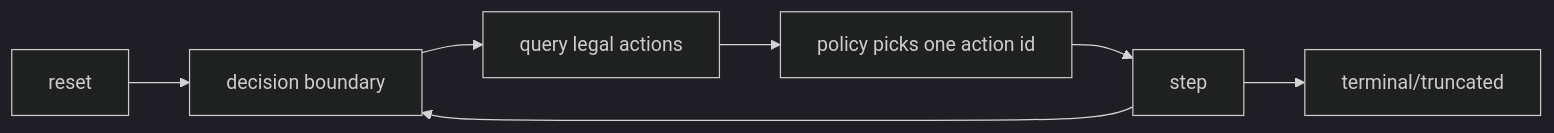
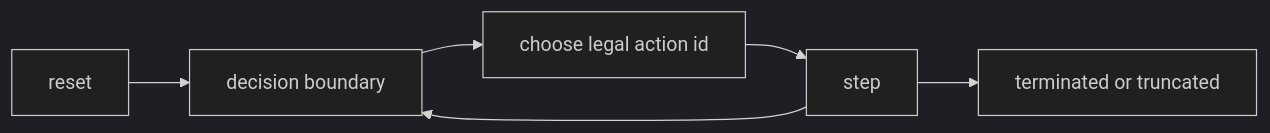
The diagram in docs/rl_contract.md (victorwp288/weiss-schwarz-simulator), drawn with Mermaid (dark theme) before and after one commit. The commit also changed other lines of this file and 16 other files, not shown here.

````diff
--- a/docs/rl_contract.md
+++ b/docs/rl_contract.md
@@ -45,9 +26,8 @@
 ```mermaid
 flowchart LR
   A["reset"] --> B["decision boundary"]
-  B --> C["query legal actions"]
-  C --> D["policy picks one action id"]
-  D --> E["step"]
-  E --> B
-  E --> F["terminal/truncated"]
+  B --> C["choose legal action id"]
+  C --> D["step"]
+  D --> B
+  D --> E["terminated or truncated"]
 ```
````
